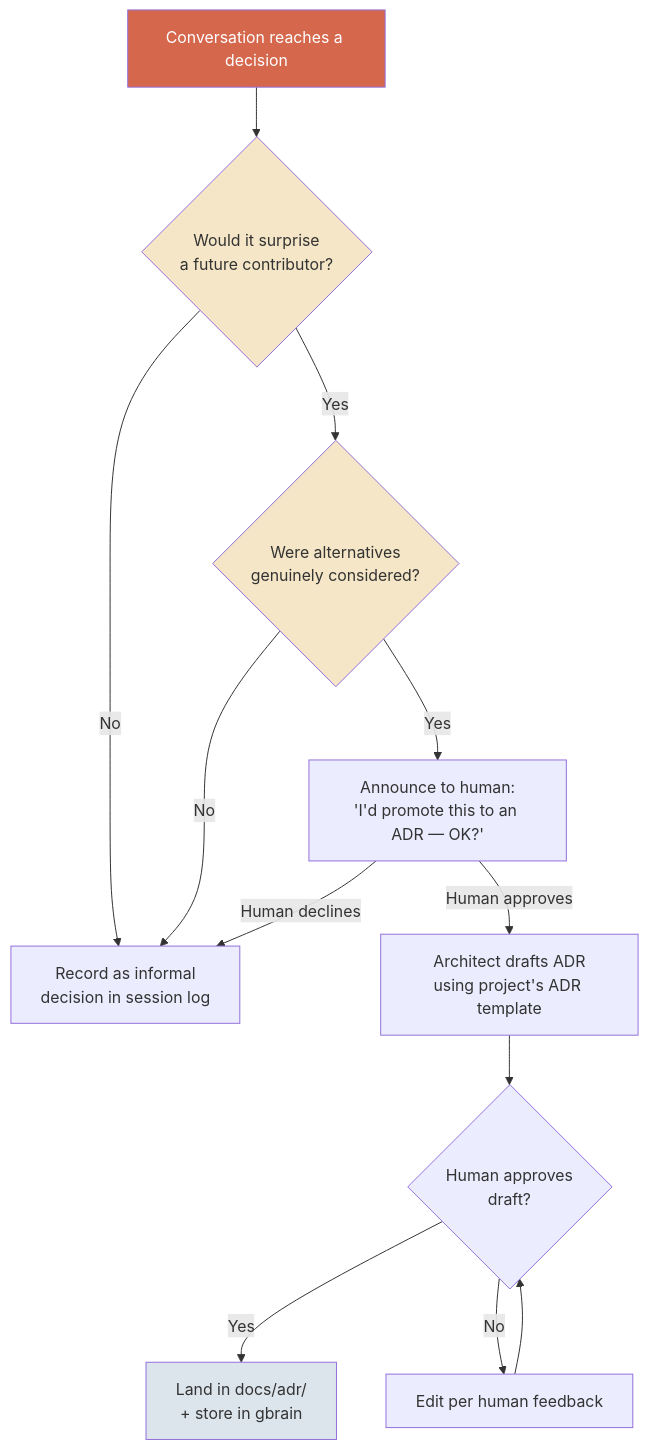
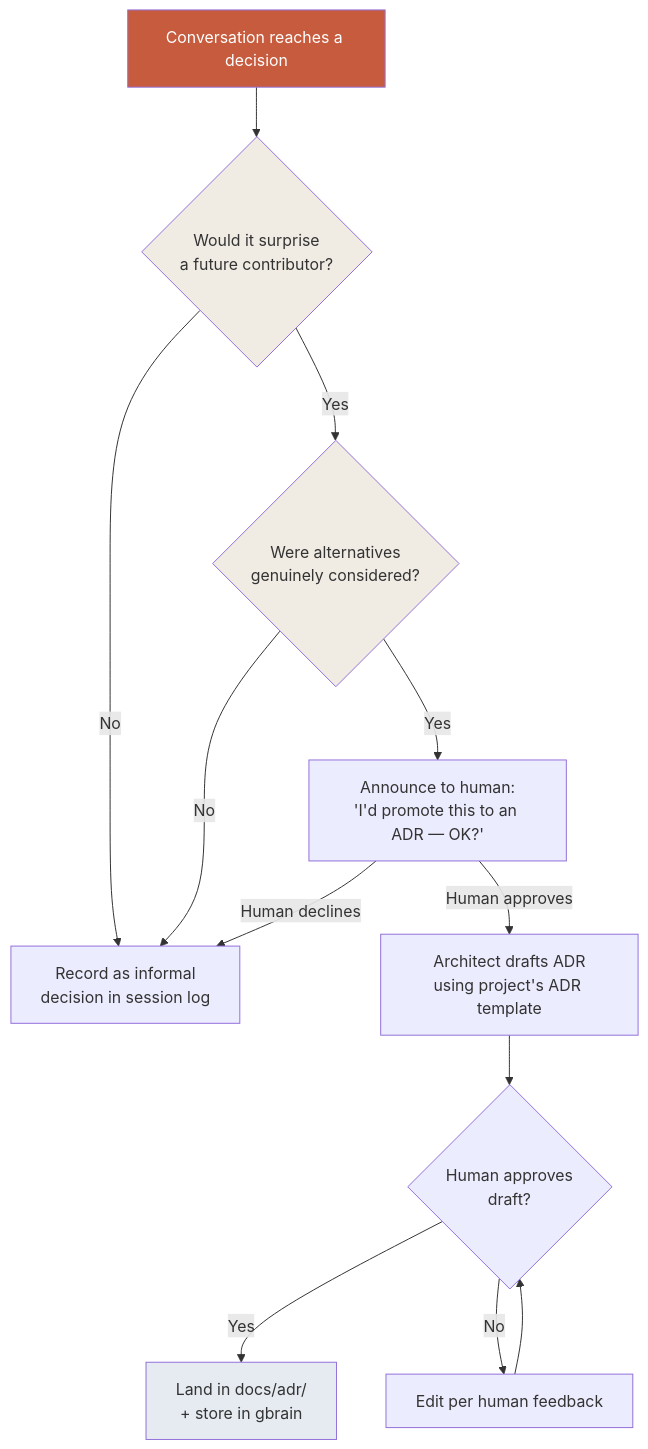
Before and after one commit to nlawstudio/ai-refinement-method: the tenth of 17 diagrams in METHOD.md, drawn with Mermaid. The commit also changed other lines of this file and 4 other files, not shown here.

````diff
--- a/METHOD.md
+++ b/METHOD.md
@@ -635,19 +635,19 @@
 ```mermaid
 flowchart TD
     Conv[Conversation reaches a decision] --> A{Would it surprise<br/>a future contributor?}
     A -->|Yes| B{Were alternatives<br/>genuinely considered?}
     A -->|No| Informal["Record as informal<br/>decision in session log"]
     B -->|Yes| Announce["Announce to human:<br/>'I'd promote this to an ADR — OK?'"]
     B -->|No| Informal
     Announce -->|Human approves| Draft[Architect drafts ADR<br/>using project's ADR template]
     Announce -->|Human declines| Informal
     Draft --> Review{Human approves<br/>draft?}
     Review -->|Yes| Land[Land in docs/adr/<br/>+ store in gbrain]
     Review -->|No| Edit[Edit per human feedback]
     Edit --> Review
 
-    style Conv fill:#D5674C,color:#fff
-    style A fill:#F4E6C6
-    style B fill:#F4E6C6
-    style Land fill:#DCE4EC
+    style Conv fill:#C75B3D,color:#fff
+    style A fill:#F0ECE4
+    style B fill:#F0ECE4
+    style Land fill:#E6EAF1
 ```
````
